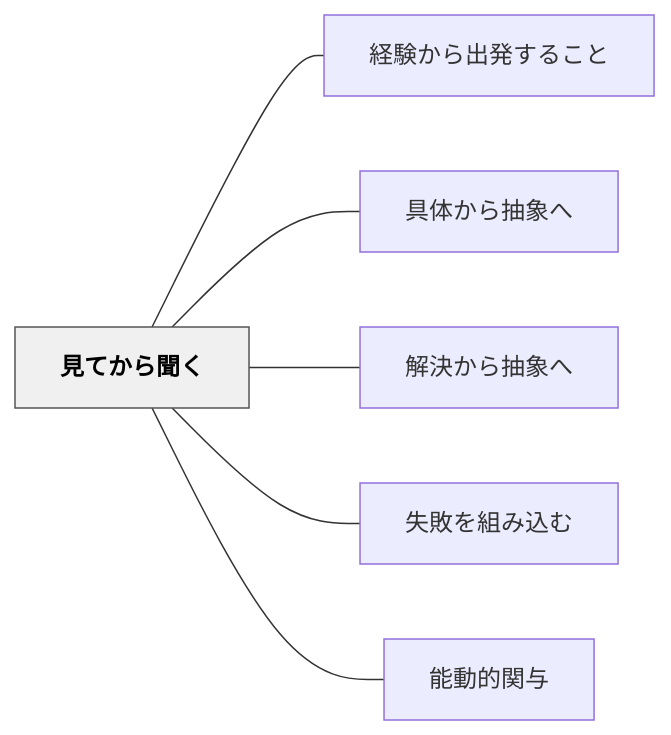
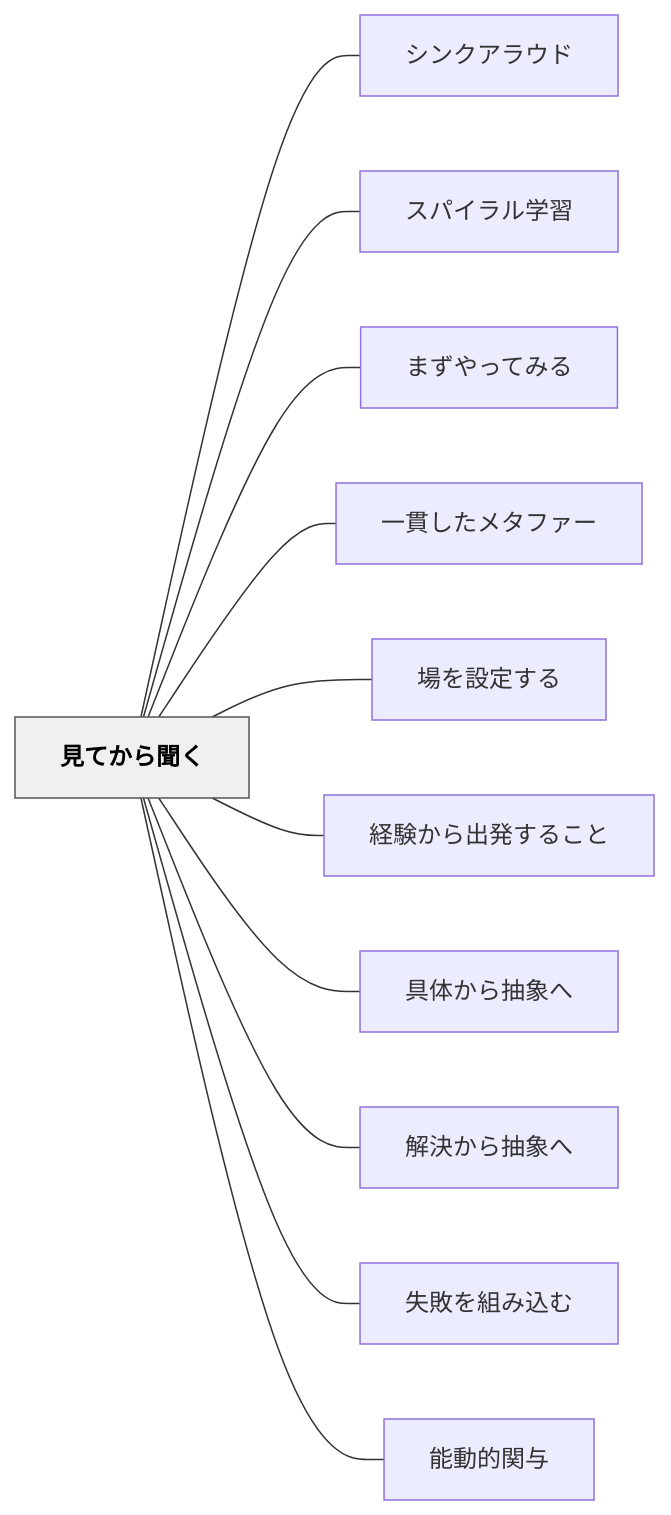
One commit to unknownthings-ed-patterns/unknownthings-ed-patterns changed the diagram in content/パタン/見てから聞く.md. Above: the diagram before and after it, drawn with Mermaid. The commit also changed other lines of this file and 473 other files, not shown here.

````diff
--- a/content/パタン/見てから聞く.md
+++ b/content/パタン/見てから聞く.md
@@ -84,18 +89,28 @@
 ```mermaid
 flowchart LR
     ne8a68be381a6["見てから聞く"]
+    ne382b7e383b3["シンクアラウド"]
+    ne382b9e38391["スパイラル学習"]
+    ne381bee3819a["まずやってみる"]
+    ne4b880e8b2ab["一貫したメタファー"]
+    ne5a0b4e38292["場を設定する"]
     ne7b58ce9a893["経験から出発すること"]
     ne585b7e4bd93["具体から抽象へ"]
     ne8a7a3e6b1ba["解決から抽象へ"]
     ne5a4b1e69597["失敗を組み込む"]
     ne883bde58b95["能動的関与"]
 
+    ne8a68be381a6 --- ne382b7e383b3
+    ne8a68be381a6 --- ne382b9e38391
+    ne8a68be381a6 --- ne381bee3819a
+    ne8a68be381a6 --- ne4b880e8b2ab
+    ne8a68be381a6 --- ne5a0b4e38292
     ne8a68be381a6 --- ne7b58ce9a893
     ne8a68be381a6 --- ne585b7e4bd93
     ne8a68be381a6 --- ne8a7a3e6b1ba
     ne8a68be381a6 --- ne5a4b1e69597
     ne8a68be381a6 --- ne883bde58b95
 
     classDef hub fill:#f0f0f0,stroke:#555,color:#000,font-weight:bold
     class ne8a68be381a6 hub
 ```
````
